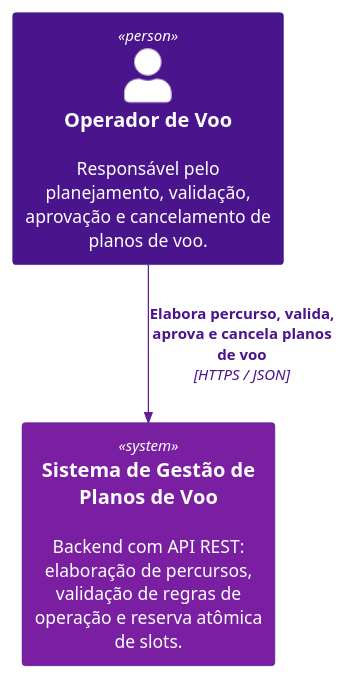
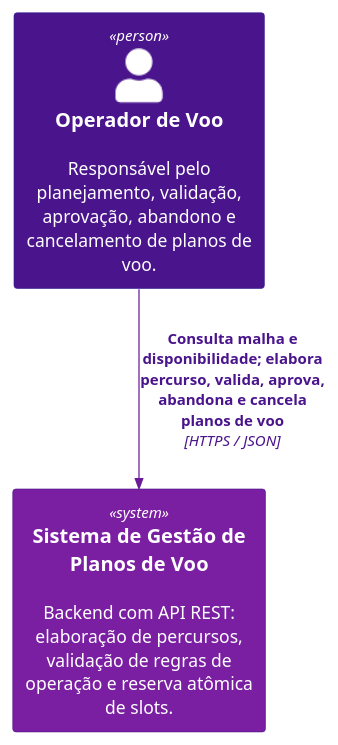
Before and after one commit to acpurper/PlanosDeVoo: the diagram in docs/c4/nivel1-contexto.puml, drawn with PlantUML. The commit also changed 44 other files, not shown here.

```diff
--- a/docs/c4/nivel1-contexto.puml
+++ b/docs/c4/nivel1-contexto.puml
@@ -1,12 +1,12 @@
 @startuml
 !include https://raw.githubusercontent.com/plantuml-stdlib/C4-PlantUML/master/C4_Context.puml
 
 UpdateElementStyle("person", $bgColor="#4A148C", $fontColor="#ffffff", $borderColor="#311B92")
 UpdateElementStyle("system", $bgColor="#7B1FA2", $fontColor="#ffffff", $borderColor="#4A148C")
 UpdateRelStyle($lineColor="#6A1B9A", $textColor="#4A148C")
 
-Person(operador, "Operador de Voo", "Responsável pelo planejamento, validação, aprovação e cancelamento de planos de voo.")
+Person(operador, "Operador de Voo", "Responsável pelo planejamento, validação, aprovação, abandono e cancelamento de planos de voo.")
 System(sistemaVoos, "Sistema de Gestão de Planos de Voo", "Backend com API REST: elaboração de percursos, validação de regras de operação e reserva atômica de slots.")
 
-Rel(operador, sistemaVoos, "Elabora percurso, valida, aprova e cancela planos de voo", "HTTPS / JSON")
+Rel(operador, sistemaVoos, "Consulta malha e disponibilidade; elabora percurso, valida, aprova, abandona e cancela planos de voo", "HTTPS / JSON")
 @enduml
```
